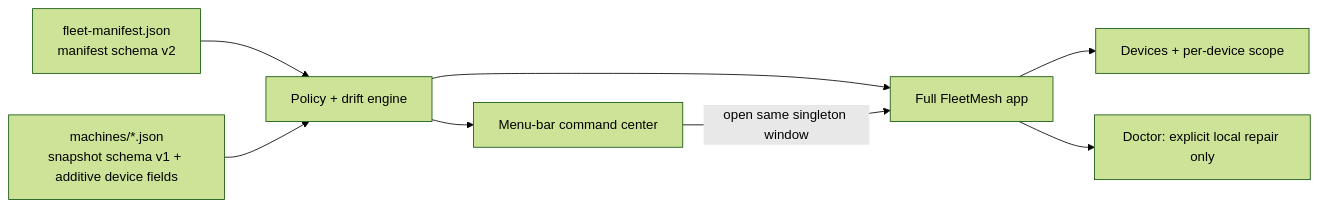
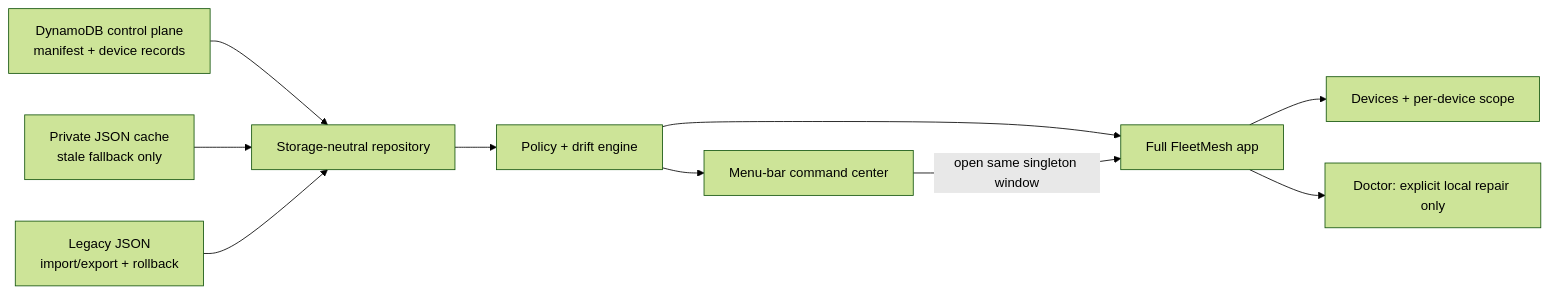
Before and after one commit to pstarkgit/FleetMesh: the diagram in README.md, drawn with Mermaid (forest theme). The commit also changed other lines of this file and 46 other files, not shown here.

First line of the commit message:
feat: Add DynamoDB fleet control plane

````diff
--- a/README.md
+++ b/README.md
@@ -34,10 +34,12 @@
 ```mermaid
 flowchart LR
-    Manifest[fleet-manifest.json\nmanifest schema v2] --> Engine[Policy + drift engine]
-    Reports[machines/*.json\nsnapshot schema v1 + additive device fields] --> Engine
+    DDB[DynamoDB control plane\nmanifest + device records] --> Repo[Storage-neutral repository]
+    Cache[Private JSON cache\nstale fallback only] --> Repo
+    Legacy[Legacy JSON\nimport/export + rollback] --> Repo
+    Repo --> Engine[Policy + drift engine]
     Engine --> Menu[Menu-bar command center]
     Engine --> App[Full FleetMesh app]
     App --> Devices[Devices + per-device scope]
     App --> Doctor[Doctor: explicit local repair only]
     Menu -->|open same singleton window| App
 ```
````
